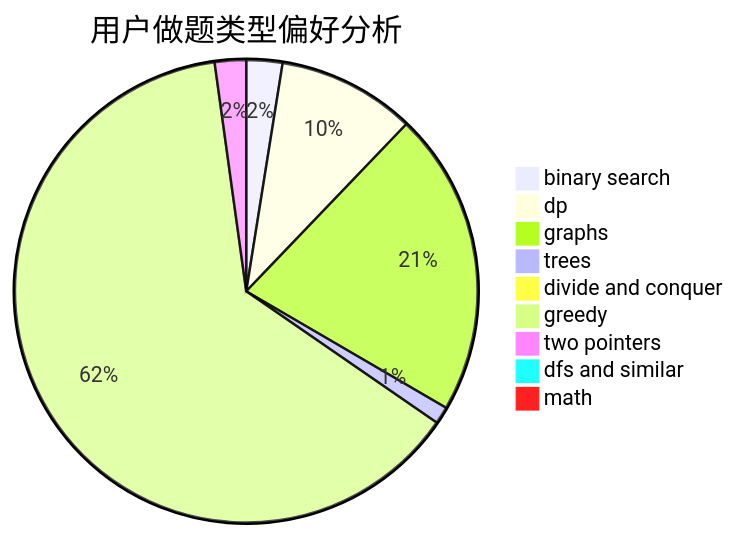
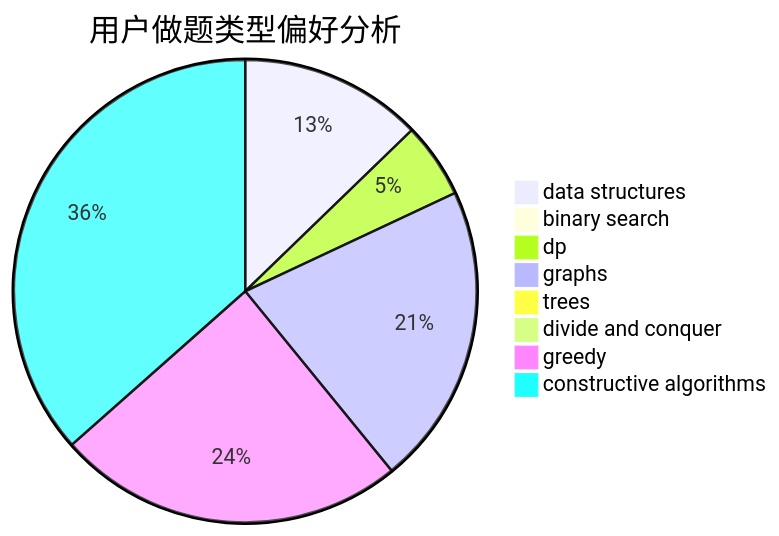
One commit to sherpahu/cfrs.github.io changed the second of 3 diagrams in docs/user/u1192.md. Above: the diagram before and after it, drawn with Mermaid. The commit also changed other lines of this file and 2775 other files, not shown here.

````diff
--- a/docs/user/u1192.md
+++ b/docs/user/u1192.md
@@ -23,12 +23,11 @@
 ```mermaid
 pie title 用户做题类型偏好分析
-    "binary search" :  23
-    "dp" :  88
-    "graphs" :  194
-    "trees" :  11
+    "data structures" :  109
+    "binary search" :  1
+    "dp" :  45
+    "graphs" :  180
+    "trees" :  8
     "divide and conquer" :  0
-    "greedy" :  577
-    "two pointers" :  20
-    "dfs and similar" :  6
-    "math" :  6
+    "greedy" :  208
+    "constructive algorithms" :  312
 ```
````
